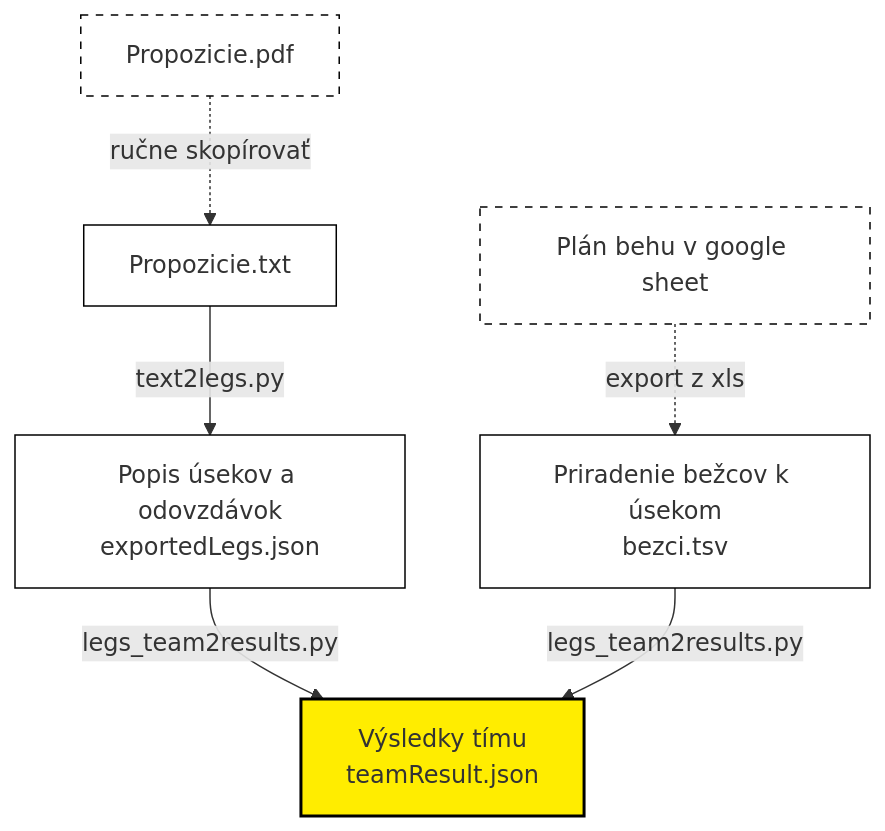
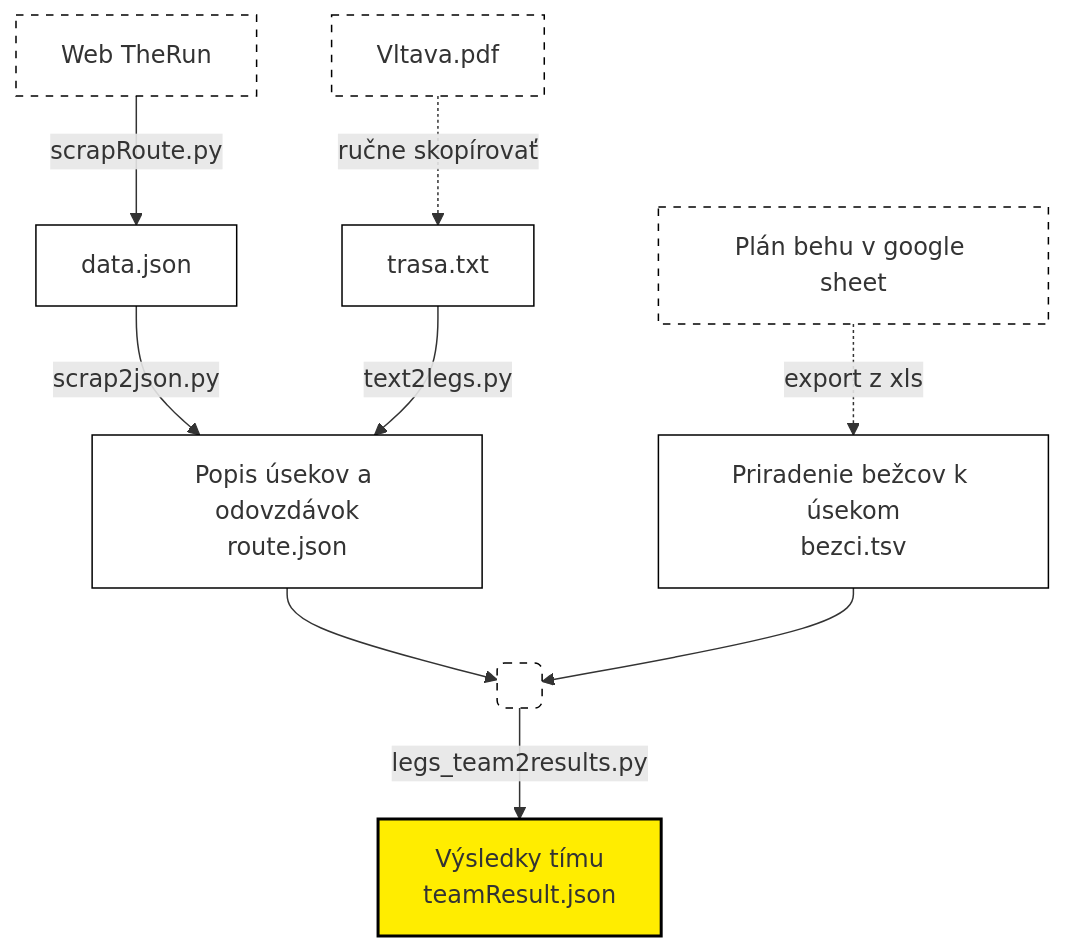
One commit to vojtob/personal.gambo2 changed the diagram in Architecture/memos/img/crystalBall_dataPreparation.mmd. Above: the diagram before and after it, drawn with Mermaid. The commit also changed 35 other files, not shown here.

```diff
--- a/Architecture/memos/img/crystalBall_dataPreparation.mmd
+++ b/Architecture/memos/img/crystalBall_dataPreparation.mmd
@@ -1,12 +1,15 @@
 graph TD
-    PDF[Propozicie.pdf] -. ručne skopírovať .-> TXT[Propozicie.txt]
-    TXT -- text2legs.py --> Useky[Popis úsekov a odovzdávok<br/>exportedLegs.json]
+    TheRun[Web TheRun] -- scrapRoute.py --> Data[data.json]
+    Data -- scrap2json.py --> Useky[Popis úsekov a odovzdávok<br/>route.json]
+    PDF[Vltava.pdf] -. ručne skopírovať .-> TXT[trasa.txt]
+    TXT -- text2legs.py --> Useky[Popis úsekov a odovzdávok<br/>route.json]
     XLS[Plán behu v google sheet] -. export z xls .-> TSV[Priradenie bežcov k úsekom<br/>bezci.tsv]
-    Useky -- legs_team2results.py --> Result[Výsledky tímu<br/>teamResult.json]
-    TSV -- legs_team2results.py --> Result
+    Useky --> temp( )
+    TSV  --> temp
+    temp -- legs_team2results.py --> Result[Výsledky tímu<br/>teamResult.json]
     classDef important fill:#ffed00,stroke:#000000,stroke-width:2px
     classDef processFile fill:#ffffff,stroke:#000000,stroke-width:1px
     classDef sourceFile fill:#ffffff,stroke:#000000,stroke-width:1px,stroke-dasharray: 5, 5
     class Result important;
-    class PDF,XLS sourceFile;
-    class TXT,TSV,Useky processFile;
+    class PDF,XLS,TheRun,temp sourceFile;
+    class TXT,TSV,Useky,Data processFile;
```
